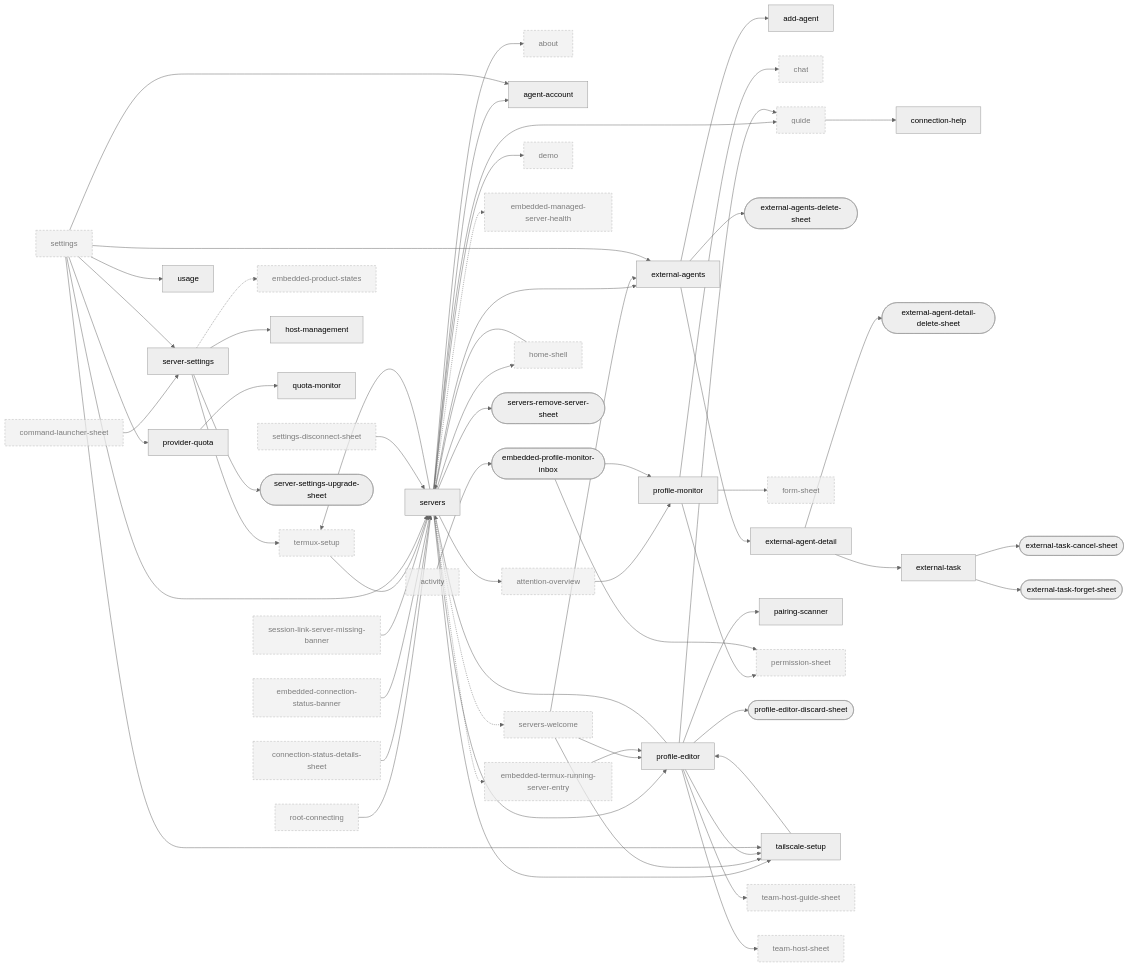
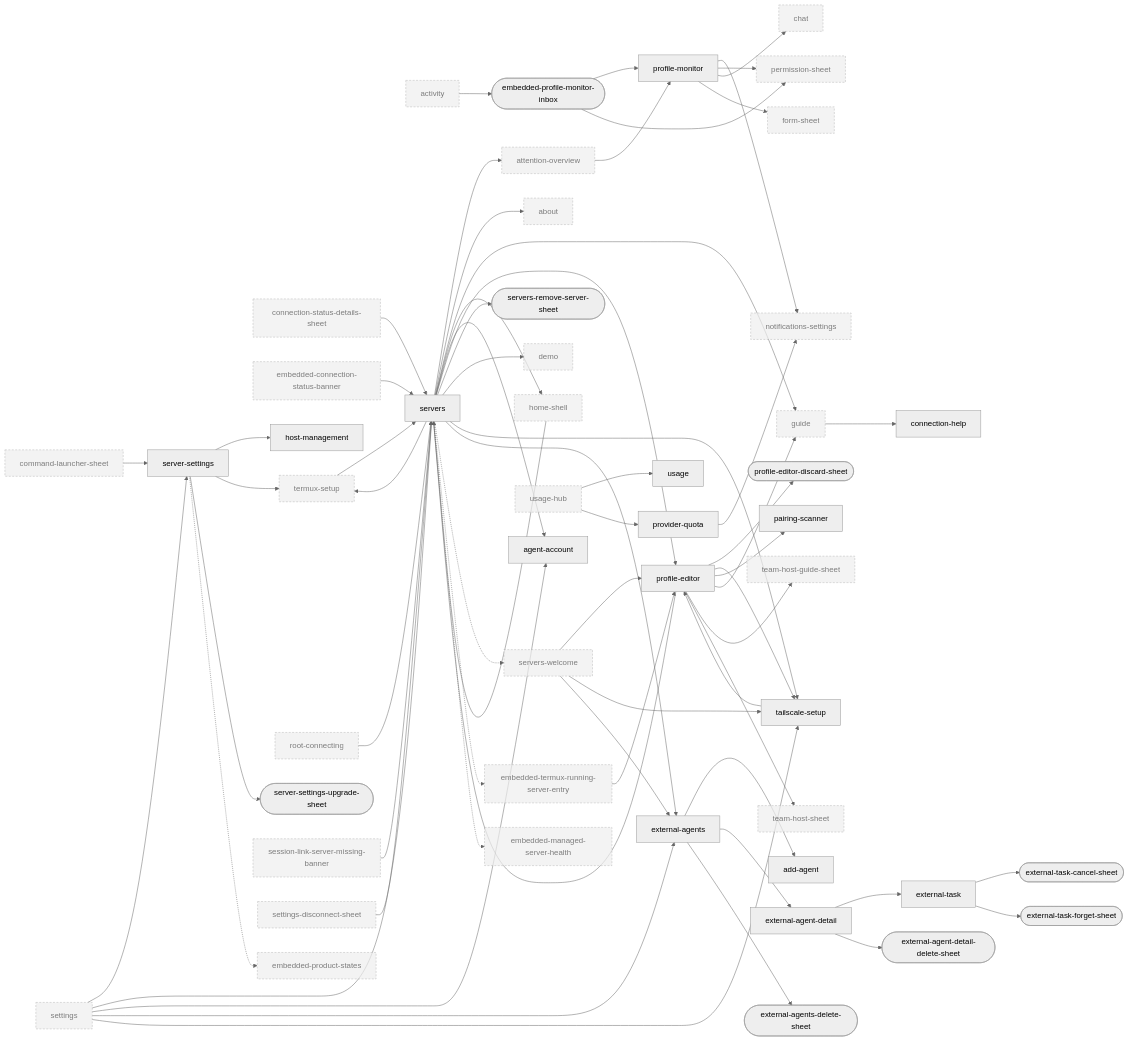
Before and after one commit to Breskott/opencode-mobile-next: the fifth of 10 diagrams in docs/design/ui-ledger/navigation.md, drawn with Mermaid (neutral theme). The commit also changed other lines of this file and 7 other files, not shown here.

First line of the commit message:
docs(ledger): one Notifications page, one Usage page

```diff
--- a/docs/design/ui-ledger/navigation.md
+++ b/docs/design/ui-ledger/navigation.md
@@ -675,13 +675,13 @@
   guide["guide"]:::ext
   home_shell["home-shell"]:::ext
   host_management["host-management"]
+  notifications_settings["notifications-settings"]:::ext
   pairing_scanner["pairing-scanner"]
   permission_sheet["permission-sheet"]:::ext
   profile_editor["profile-editor"]
   profile_editor_discard_sheet(["profile-editor-discard-sheet"])
   profile_monitor["profile-monitor"]
   provider_quota["provider-quota"]
-  quota_monitor["quota-monitor"]
   root_connecting["root-connecting"]:::ext
   server_settings["server-settings"]
   server_settings_upgrade_sheet(["server-settings-upgrade-sheet"])
@@ -696,6 +696,7 @@
   team_host_sheet["team-host-sheet"]:::ext
   termux_setup["termux-setup"]:::ext
   usage["usage"]
+  usage_hub["usage-hub"]:::ext
   root_connecting --> servers
   home_shell --> servers
   connection_status_details_sheet --> servers
@@ -734,20 +735,21 @@
   external_agent_detail --> external_agent_detail_delete_sheet
   external_task --> external_task_cancel_sheet
   external_task --> external_task_forget_sheet
+  profile_monitor --> notifications_settings
   profile_monitor --> permission_sheet
   profile_monitor --> chat
   embedded_profile_monitor_inbox --> profile_monitor
   embedded_profile_monitor_inbox --> permission_sheet
-  provider_quota --> quota_monitor
+  provider_quota --> notifications_settings
   termux_setup --> servers
   settings --> server_settings
   settings --> servers
   settings --> agent_account
   settings --> external_agents
   settings --> tailscale_setup
-  settings --> usage
-  settings --> provider_quota
   settings_disconnect_sheet --> servers
+  usage_hub --> usage
+  usage_hub --> provider_quota
   guide --> connection_help
   server_settings -.-> embedded_product_states
   profile_monitor --> form_sheet
```
